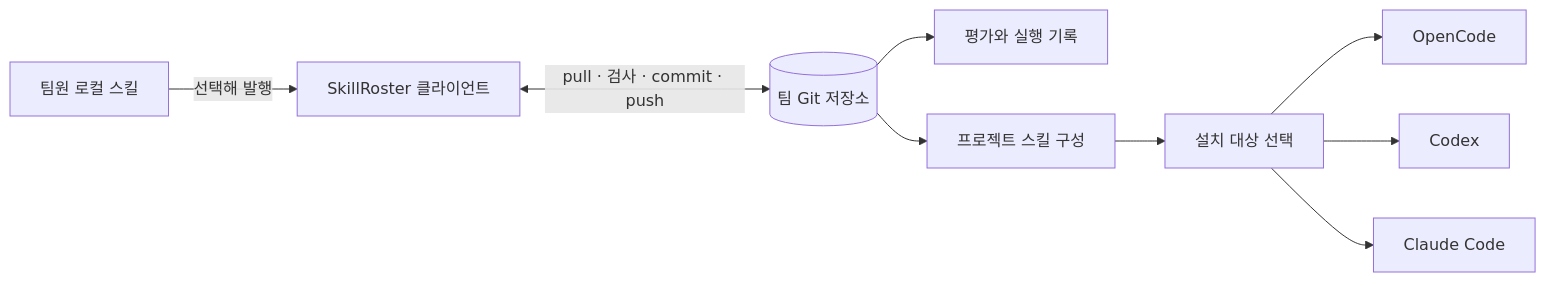
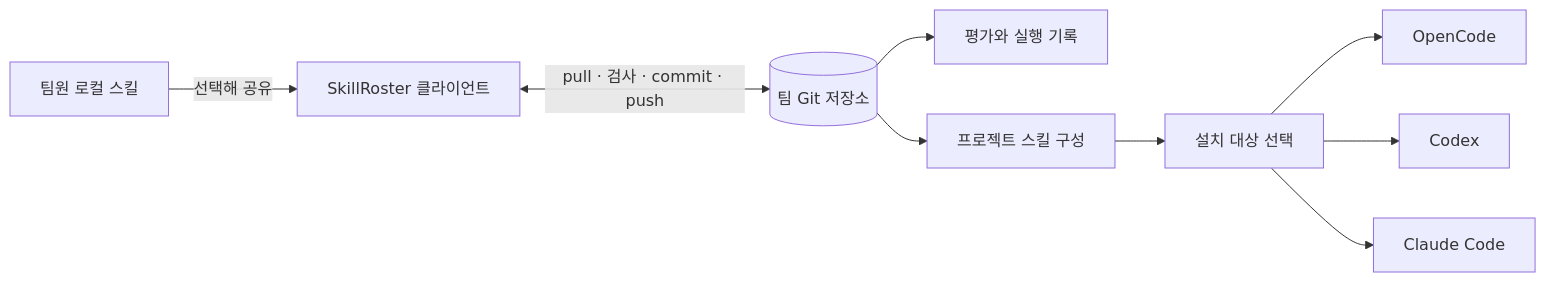
One commit to orqan137/skillroster changed the diagram in README.md. Above: the diagram before and after it, drawn with Mermaid. The commit also changed other lines of this file and 12 other files, not shown here.

````diff
--- a/README.md
+++ b/README.md
@@ -126,11 +126,11 @@
 ```mermaid
 flowchart LR
-  A[팀원 로컬 스킬] -->|선택해 발행| B[SkillRoster 클라이언트]
+  A[팀원 로컬 스킬] -->|선택해 공유| B[SkillRoster 클라이언트]
   B <-->|pull · 검사 · commit · push| C[(팀 Git 저장소)]
   C --> D[평가와 실행 기록]
   C --> E[프로젝트 스킬 구성]
   E --> F[설치 대상 선택]
   F --> G[OpenCode]
   F --> H[Codex]
   F --> I[Claude Code]
 ```
````
